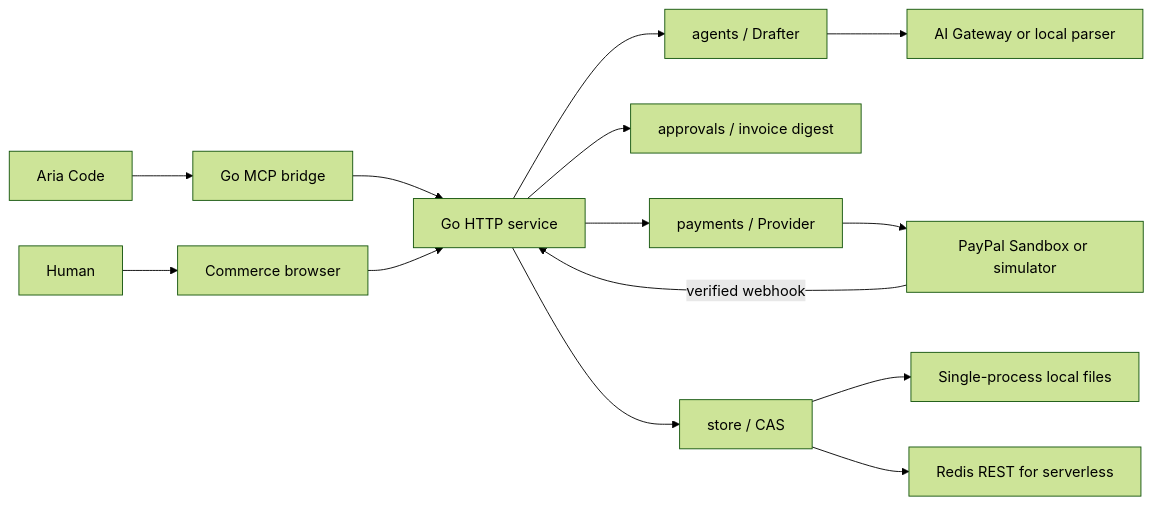
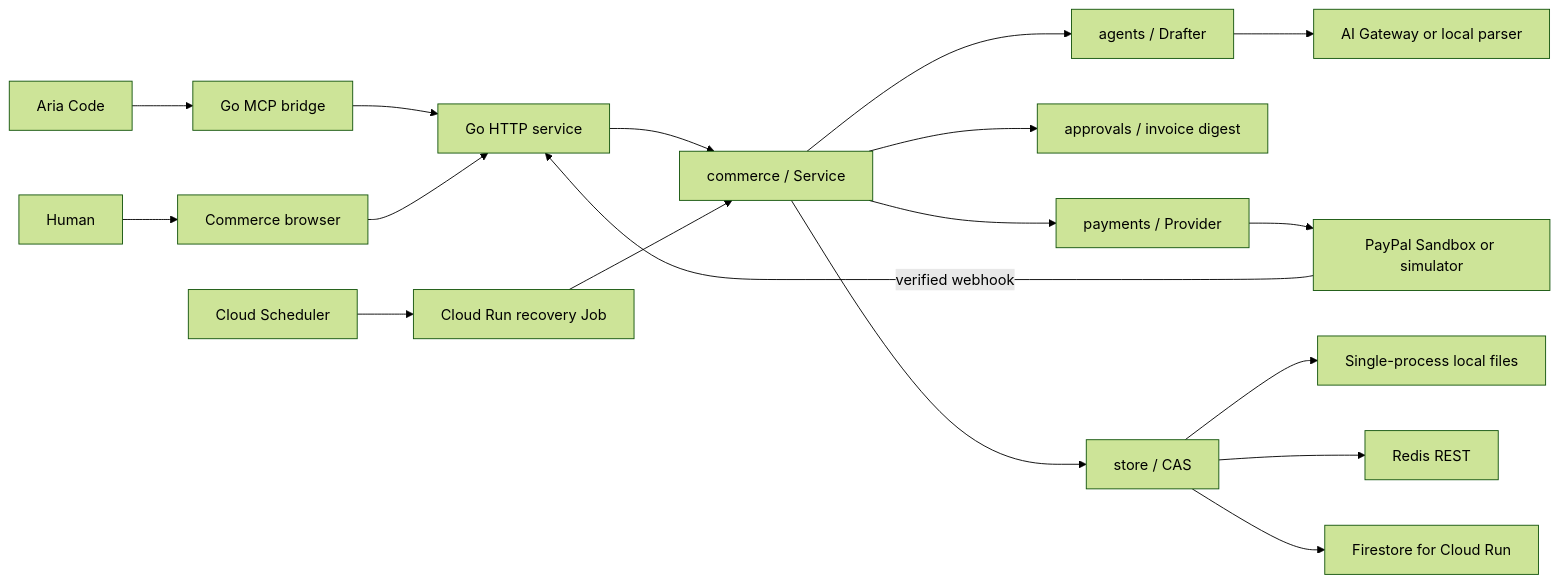
One commit to artheras/aria-plugins changed the diagram in docs/architecture.md. Above: the diagram before and after it, drawn with Mermaid (forest theme). The commit also changed other lines of this file and 34 other files, not shown here.

Commit message:
Harden Commerce service and add Cloud Run payment recovery

````diff
--- a/docs/architecture.md
+++ b/docs/architecture.md
@@ -3,16 +3,20 @@
 ```mermaid
 flowchart LR
   User[Human] --> UI[Commerce browser]
   Aria[Aria Code] --> MCP[Go MCP bridge]
   MCP --> API[Go HTTP service]
   UI --> API
-  API --> Agent[agents / Drafter]
+  API --> Service[commerce / Service]
+  Service --> Agent[agents / Drafter]
   Agent --> AI[AI Gateway or local parser]
-  API --> Approval[approvals / invoice digest]
-  API --> Payment[payments / Provider]
+  Service --> Approval[approvals / invoice digest]
+  Service --> Payment[payments / Provider]
   Payment --> PayPal[PayPal Sandbox or simulator]
-  API --> Store[store / CAS]
+  Service --> Store[store / CAS]
   Store --> File[Single-process local files]
-  Store --> Redis[Redis REST for serverless]
+  Store --> Redis[Redis REST]
+  Store --> Firestore[Firestore for Cloud Run]
+  Scheduler[Cloud Scheduler] --> Worker[Cloud Run recovery Job]
+  Worker --> Service
   PayPal -->|verified webhook| API
 ```
````
